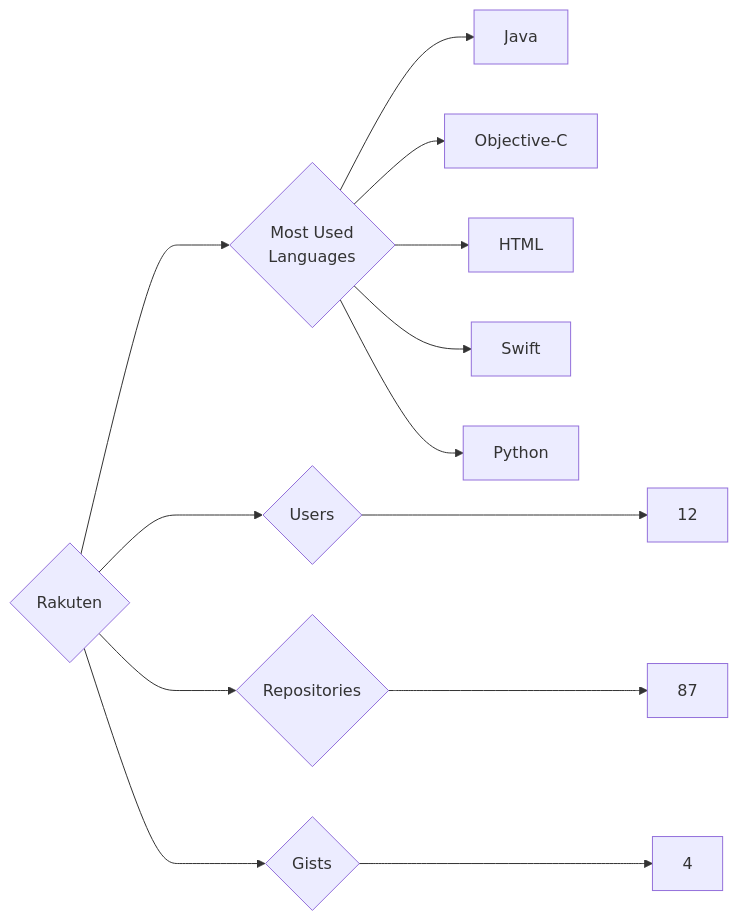
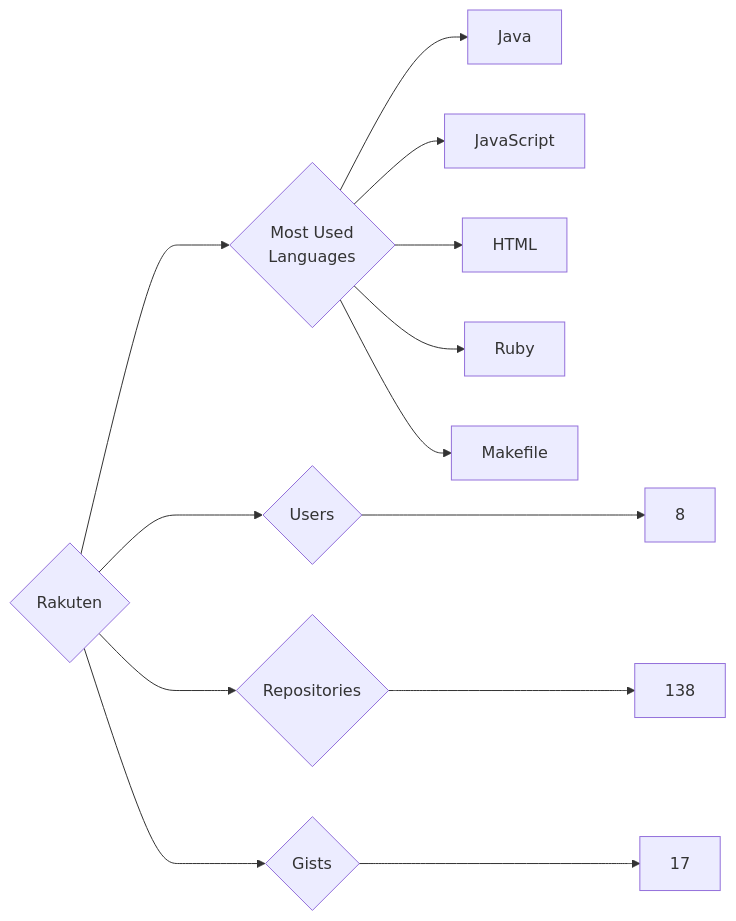
The diagram in targets/Rakuten/README.md (trickest/insiders), drawn with Mermaid before and after one commit. The commit also changed 995 other files, not shown here.

````diff
--- a/targets/Rakuten/README.md
+++ b/targets/Rakuten/README.md
@@ -3,13 +3,13 @@
 ```mermaid
 graph LR
 COMPANY_NAME{Rakuten}
-COMPANY_NAME ---> U{Users} ---> UN[12]
-COMPANY_NAME ---> R{Repositories} ---> RN[87]
-COMPANY_NAME ---> G{Gists} ---> GN[4]
+COMPANY_NAME ---> U{Users} ---> UN[8]
+COMPANY_NAME ---> R{Repositories} ---> RN[138]
+COMPANY_NAME ---> G{Gists} ---> GN[17]
 COMPANY_NAME ---> ML{Most Used<br>Languages}
 ML --> Java[Java]
-ML --> Objective-C[Objective-C]
+ML --> JavaScript[JavaScript]
 ML --> HTML[HTML]
-ML --> Swift[Swift]
-ML --> Python[Python]
+ML --> Ruby[Ruby]
+ML --> Makefile[Makefile]
 ```
````
